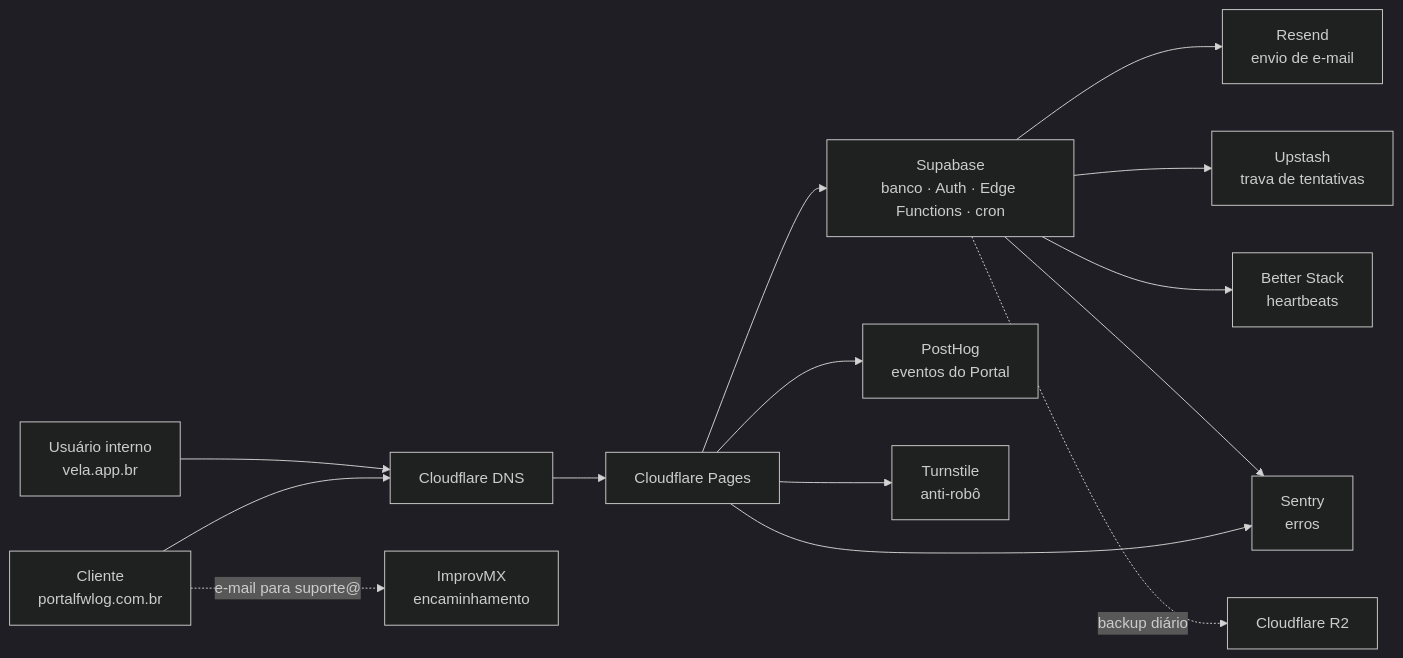
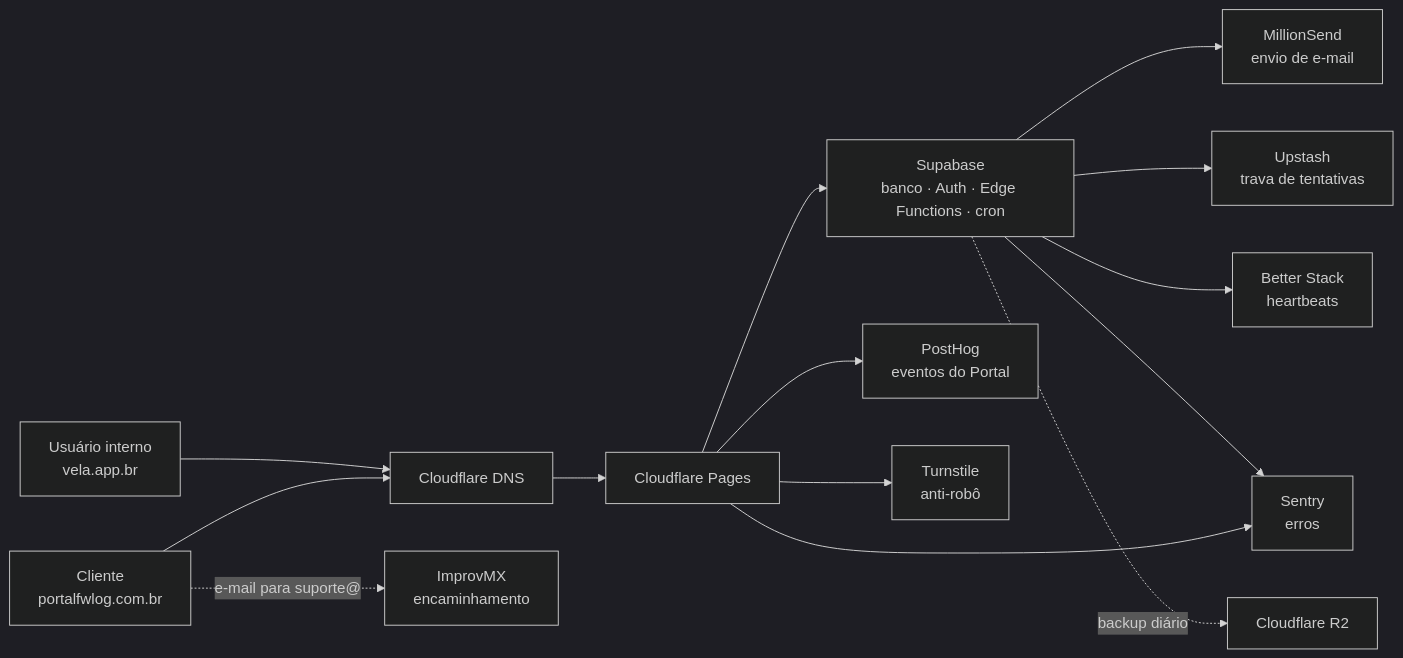
One commit to luccafwlog/vela changed the diagram in docs/operations/servicos-externos.md. Above: the diagram before and after it, drawn with Mermaid (dark theme). The commit also changed other lines of this file and 10 other files, not shown here.

First line of the commit message:
Registra a MillionSend como provedor de e-mail

````diff
--- a/docs/operations/servicos-externos.md
+++ b/docs/operations/servicos-externos.md
@@ -16,16 +16,16 @@
 ```mermaid
 flowchart LR
     U["Usuário interno<br/>vela.app.br"] --> DNS["Cloudflare DNS"]
     C["Cliente<br/>portalfwlog.com.br"] --> DNS
     DNS --> HOST["Cloudflare Pages"]
     HOST --> SB["Supabase<br/>banco · Auth · Edge Functions · cron"]
-    SB --> RS["Resend<br/>envio de e-mail"]
+    SB --> RS["MillionSend<br/>envio de e-mail"]
     SB --> UP["Upstash<br/>trava de tentativas"]
     SB --> BS["Better Stack<br/>heartbeats"]
     SB --> SE["Sentry<br/>erros"]
     HOST --> SE
     HOST --> PH["PostHog<br/>eventos do Portal"]
     HOST --> TS["Turnstile<br/>anti-robô"]
     C -. "e-mail para suporte@" .-> IM["ImprovMX<br/>encaminhamento"]
     SB -. "backup diário" .-> R2["Cloudflare R2"]
 ```
````
